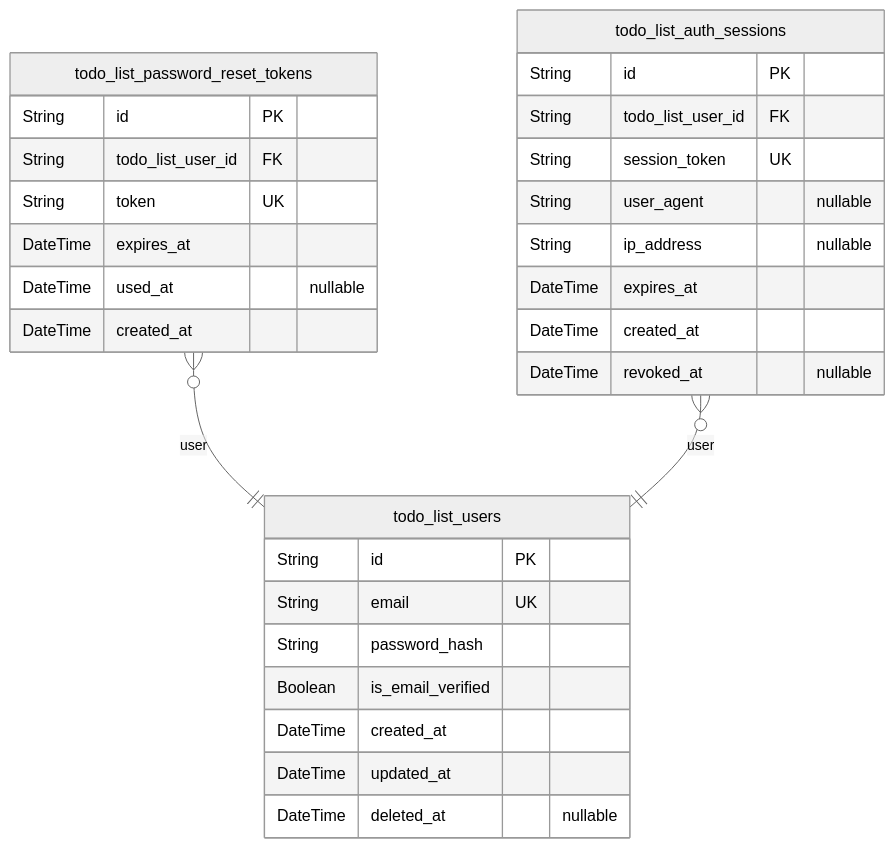
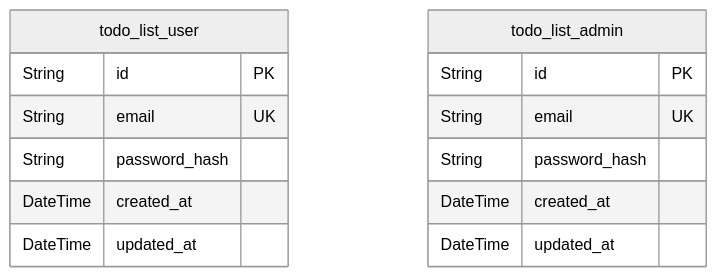
Before and after one commit to wrtnlabs/autobe-example-todo-openai-gpt-4.1: the first of 2 diagrams in docs/ERD.md, drawn with Mermaid (neutral theme). The commit also changed other lines of this file and 153 other files, not shown here.

````diff
--- a/docs/ERD.md
+++ b/docs/ERD.md
@@ -10,32 +10,17 @@
 ```mermaid
 erDiagram
-"todo_list_users" {
+"todo_list_user" {
   String id PK
   String email UK
   String password_hash
-  Boolean is_email_verified
   DateTime created_at
   DateTime updated_at
-  DateTime deleted_at "nullable"
 }
-"todo_list_password_reset_tokens" {
+"todo_list_admin" {
   String id PK
-  String todo_list_user_id FK
-  String token UK
-  DateTime expires_at
-  DateTime used_at "nullable"
+  String email UK
+  String password_hash
   DateTime created_at
+  DateTime updated_at
 }
-"todo_list_auth_sessions" {
-  String id PK
-  String todo_list_user_id FK
-  String session_token UK
-  String user_agent "nullable"
-  String ip_address "nullable"
-  DateTime expires_at
-  DateTime created_at
-  DateTime revoked_at "nullable"
-}
-"todo_list_password_reset_tokens" }o--|| "todo_list_users" : user
-"todo_list_auth_sessions" }o--|| "todo_list_users" : user
 ```
````
